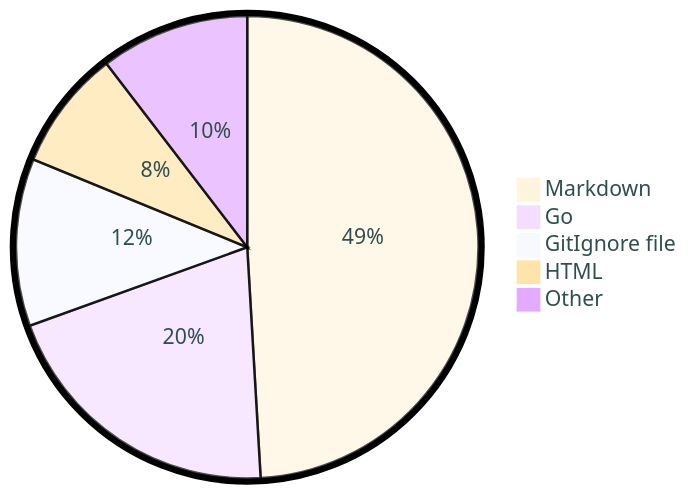
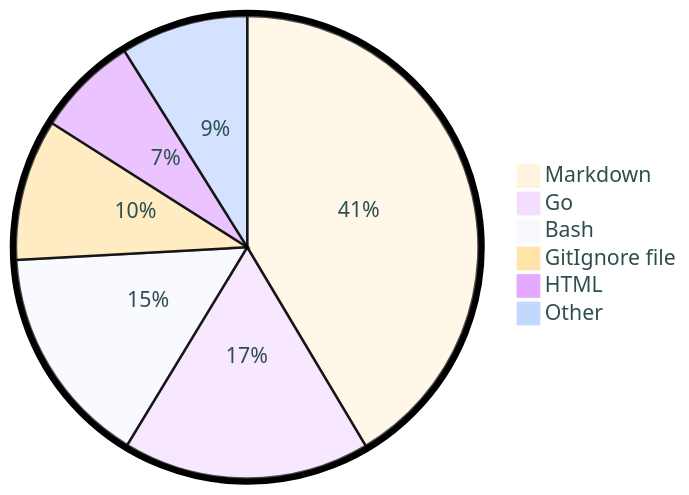
Before and after one commit to tot0p/tot0p: the diagram in README.md, drawn with Mermaid. The commit also changed other lines of this file, not shown here.

````diff
--- a/README.md
+++ b/README.md
@@ -73,9 +75,10 @@
 ```mermaid
 %%{init: {"pie": {"textPosition": 0.5}, "themeVariables": {"pieOuterStrokeWidth": "5px","primaryTextColor" : "#2F4F4F"},"theme":"base"} }%%
 pie
-	"Markdown": 49.07
-	"Go": 20.41
-	"GitIgnore file": 11.71
-	"HTML": 8.39
-	"Other": 10.41
+	"Markdown": 41.44
+	"Go": 17.24
+	"Bash": 15.44
+	"GitIgnore file": 9.89
+	"HTML": 7.09
+	"Other": 8.899999999999999
 ```
````
